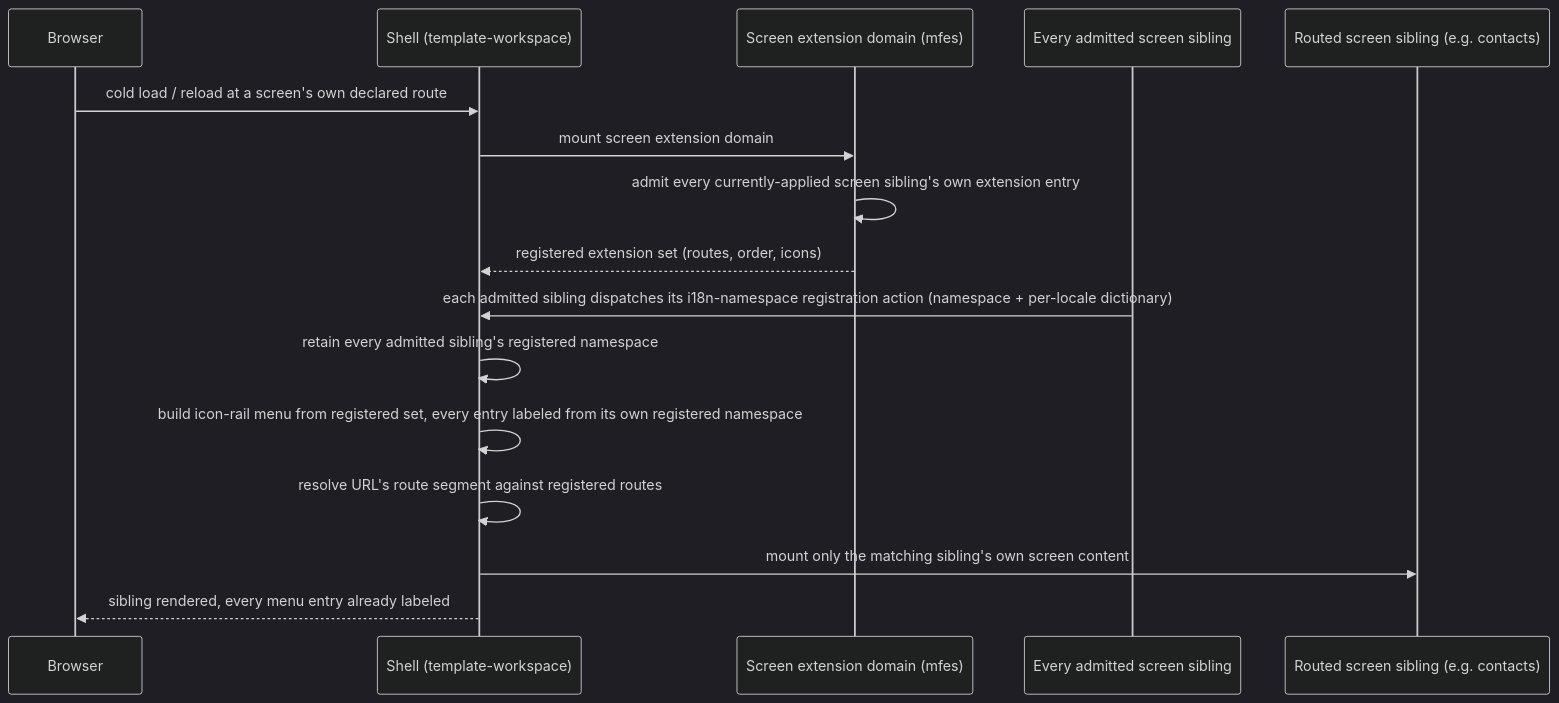
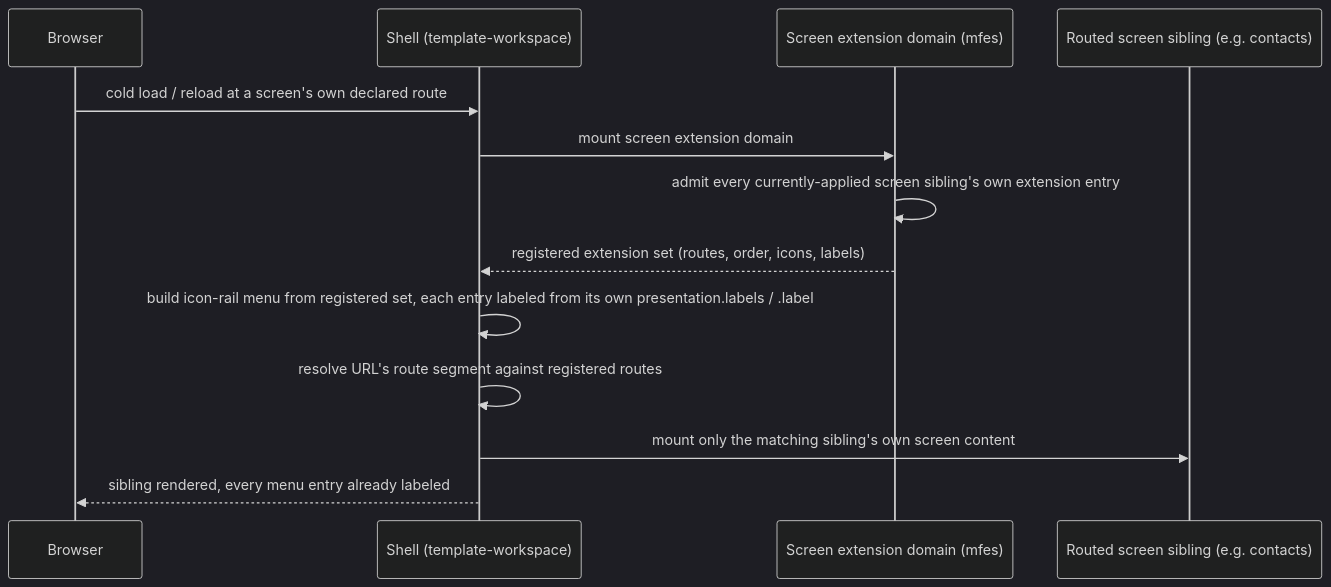
Before and after one commit to constructorfabric/gears-frontx-templates: the second of 2 diagrams in architecture/workspace-templates/DESIGN.md, drawn with Mermaid (dark theme). The commit also changed other lines of this file and 2 other files, not shown here.

First line of the commit message:
docs(architecture): label siblings from static manifest data, not a dispatch

````diff
--- a/architecture/workspace-templates/DESIGN.md
+++ b/architecture/workspace-templates/DESIGN.md
@@ -310,18 +322,15 @@
 ```mermaid
 sequenceDiagram
     participant Browser
     participant Shell as Shell (template-workspace)
     participant Domain as Screen extension domain (mfes)
-    participant AllSiblings as Every admitted screen sibling
     participant Screen as Routed screen sibling (e.g. contacts)
     Browser->>Shell: cold load / reload at a screen's own declared route
     Shell->>Domain: mount screen extension domain
     Domain->>Domain: admit every currently-applied screen sibling's own extension entry
-    Domain-->>Shell: registered extension set (routes, order, icons)
-    AllSiblings->>Shell: each admitted sibling dispatches its i18n-namespace registration action (namespace + per-locale dictionary)
-    Shell->>Shell: retain every admitted sibling's registered namespace
-    Shell->>Shell: build icon-rail menu from registered set, every entry labeled from its own registered namespace
+    Domain-->>Shell: registered extension set (routes, order, icons, labels)
+    Shell->>Shell: build icon-rail menu from registered set, each entry labeled from its own presentation.labels / .label
     Shell->>Shell: resolve URL's route segment against registered routes
     Shell->>Screen: mount only the matching sibling's own screen content
     Shell-->>Browser: sibling rendered, every menu entry already labeled
 ```
````
